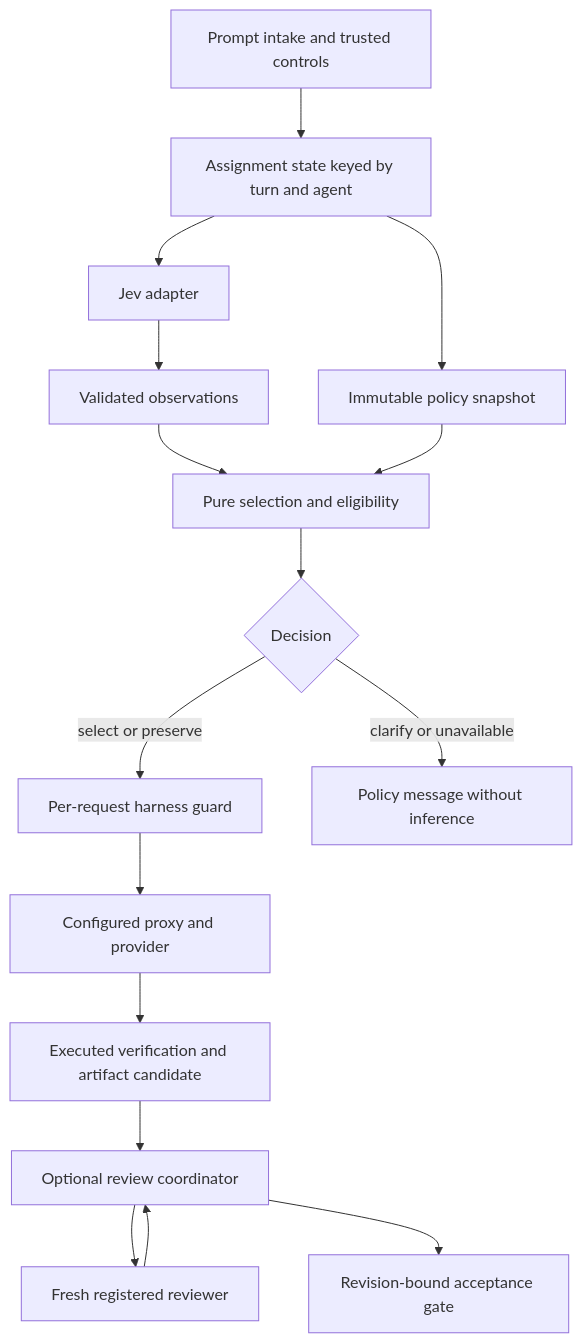
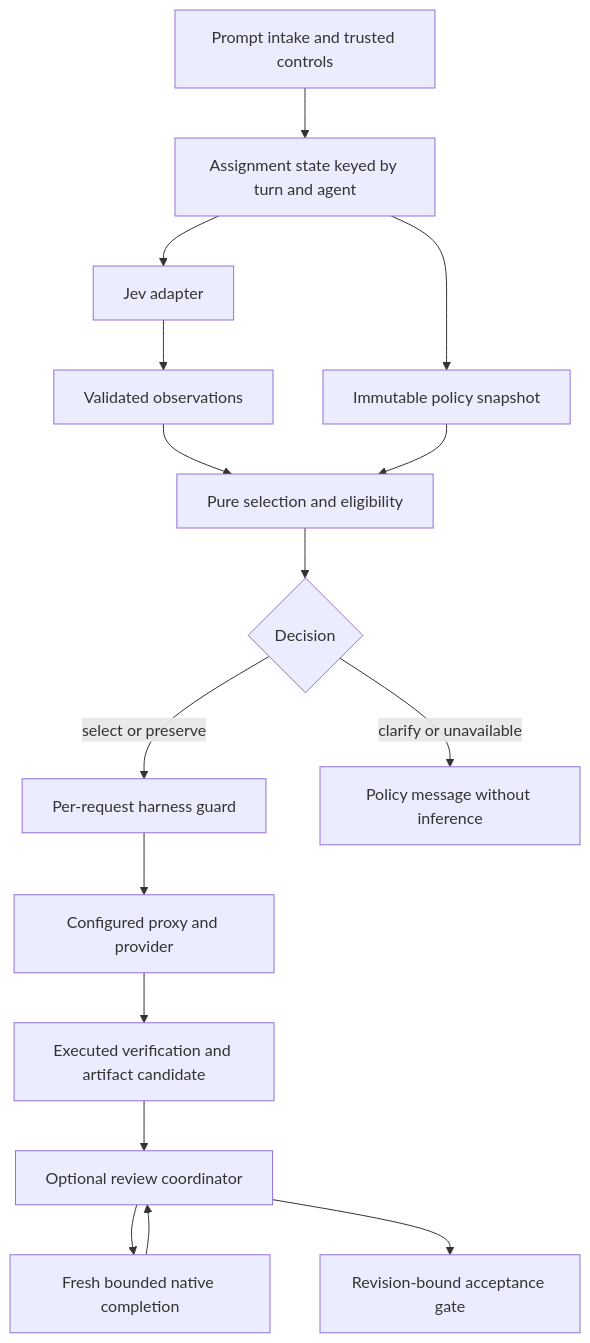
Before and after one commit to radiator-engineering/model-router: the diagram in docs/v2/design-brief.md, drawn with Mermaid. The commit also changed other lines of this file and 36 other files, not shown here.

First line of the commit message:
Enable native v2 routing and bounded artifact review

````diff
--- a/docs/v2/design-brief.md
+++ b/docs/v2/design-brief.md
@@ -95,18 +98,18 @@
 ```mermaid
 flowchart TD
     I[Prompt intake and trusted controls] --> A[Assignment state keyed by turn and agent]
     A --> J[Jev adapter]
     J --> O[Validated observations]
     A --> S[Immutable policy snapshot]
     O --> P[Pure selection and eligibility]
     S --> P
     P --> D{Decision}
     D -->|select or preserve| H[Per-request harness guard]
     D -->|clarify or unavailable| B[Policy message without inference]
     H --> X[Configured proxy and provider]
     X --> V[Executed verification and artifact candidate]
     V --> R[Optional review coordinator]
-    R --> F[Fresh registered reviewer]
+    R --> F[Fresh bounded native completion]
     F --> R
     R --> G[Revision-bound acceptance gate]
 ```
````
